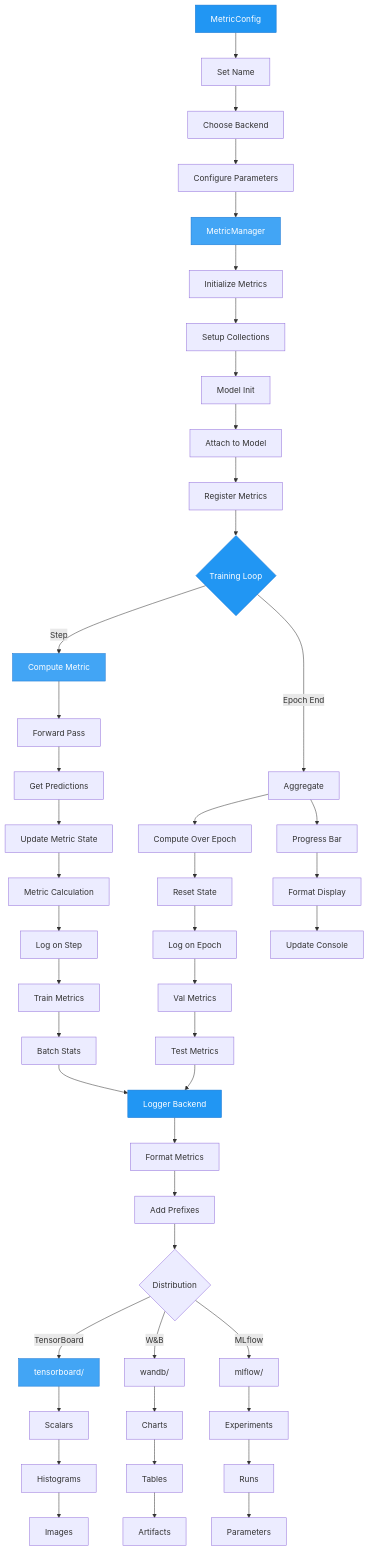
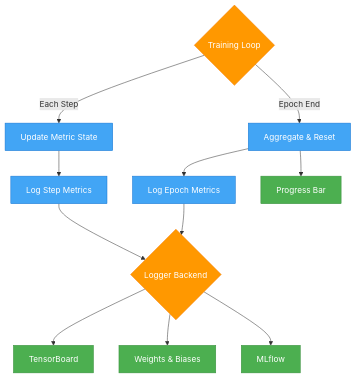
One commit to theja-vanka/AutoTimm changed the second of 2 diagrams in docs/user-guide/evaluation/metrics.md. Above: the diagram before and after it, drawn with Mermaid. The commit also changed other lines of this file and 16 other files, not shown here.

Commit message:
refactor: docs with mermaid diagrams

````diff
--- a/docs/user-guide/evaluation/metrics.md
+++ b/docs/user-guide/evaluation/metrics.md
@@ -7,65 +23,24 @@
 ```mermaid
 graph TD
-    A[MetricConfig] --> A1[Set Name]
-    A1 --> A2[Choose Backend]
-    A2 --> A3[Configure Parameters]
-    A3 --> B[MetricManager]
-    B --> B1[Initialize Metrics]
-    B1 --> B2[Setup Collections]
-    B2 --> C[Model Init]
-    
-    C --> C1[Attach to Model]
-    C1 --> C2[Register Metrics]
-    C2 --> D{Training Loop}
-    
-    D -->|Step| E1[Compute Metric]
-    E1 --> E1a[Forward Pass]
-    E1a --> E1b[Get Predictions]
-    E1b --> E1c[Update Metric State]
-    E1c --> E1d[Metric Calculation]
-    
-    D -->|Epoch End| E2[Aggregate]
-    E2 --> E2a[Compute Over Epoch]
-    E2a --> E2b[Reset State]
-    
-    E1d --> F1[Log on Step]
-    F1 --> F1a[Train Metrics]
-    F1a --> F1b[Batch Stats]
-    
-    E2b --> F2[Log on Epoch]
-    F2 --> F2a[Val Metrics]
-    F2a --> F2b[Test Metrics]
-    
-    F1b --> G[Logger Backend]
-    F2b --> G
-    
-    G --> G1[Format Metrics]
-    G1 --> G2[Add Prefixes]
-    G2 --> H{Distribution}
-    
-    H -->|TensorBoard| H1[tensorboard/]
-    H1 --> H1a[Scalars]
-    H1a --> H1b[Histograms]
-    H1b --> H1c[Images]
-    
-    H -->|W&B| H2[wandb/]
-    H2 --> H2a[Charts]
-    H2a --> H2b[Tables]
-    H2b --> H2c[Artifacts]
-    
-    H -->|MLflow| H3[mlflow/]
-    H3 --> H3a[Experiments]
-    H3a --> H3b[Runs]
-    H3b --> H3c[Parameters]
-    
-    E2 --> I[Progress Bar]
-    I --> I1[Format Display]
-    I1 --> I2[Update Console]
-    
-    style A fill:#2196F3,stroke:#1976D2,color:#fff
+    A{Training Loop} -->|Each Step| B[Update Metric State]
+    A -->|Epoch End| C[Aggregate & Reset]
+    B --> D[Log Step Metrics]
+    C --> E[Log Epoch Metrics]
+    D --> F{Logger Backend}
+    E --> F
+    F --> G1[TensorBoard]
+    F --> G2[Weights & Biases]
+    F --> G3[MLflow]
+    C --> H[Progress Bar]
+
+    style A fill:#FF9800,stroke:#F57C00,color:#fff
     style B fill:#42A5F5,stroke:#1976D2,color:#fff
-    style D fill:#2196F3,stroke:#1976D2,color:#fff
-    style E1 fill:#42A5F5,stroke:#1976D2,color:#fff
-    style G fill:#2196F3,stroke:#1976D2,color:#fff
-    style H1 fill:#42A5F5,stroke:#1976D2,color:#fff
+    style C fill:#42A5F5,stroke:#1976D2,color:#fff
+    style D fill:#42A5F5,stroke:#1976D2,color:#fff
+    style E fill:#42A5F5,stroke:#1976D2,color:#fff
+    style F fill:#FF9800,stroke:#F57C00,color:#fff
+    style G1 fill:#4CAF50,stroke:#388E3C,color:#fff
+    style G2 fill:#4CAF50,stroke:#388E3C,color:#fff
+    style G3 fill:#4CAF50,stroke:#388E3C,color:#fff
+    style H fill:#4CAF50,stroke:#388E3C,color:#fff
 ```
````
